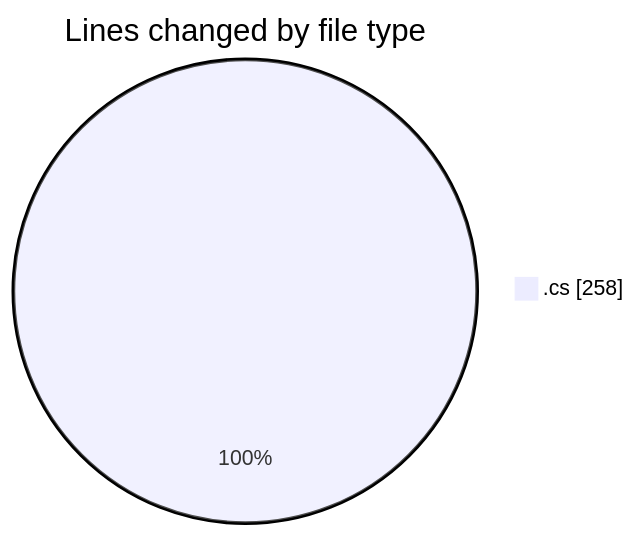
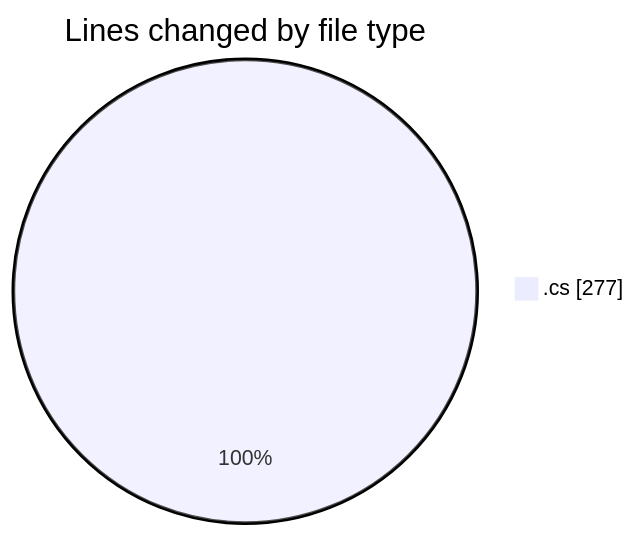
Before and after one commit to Netris89/code-tracking: the first of 2 diagrams in 2025-03-29/back-end/README.md, drawn with Mermaid. The commit also changed other lines of this file and 1 other file, not shown here.

````diff
--- a/2025-03-29/back-end/README.md
+++ b/2025-03-29/back-end/README.md
@@ -20,5 +20,5 @@
 ```mermaid
 pie showData
 title Lines changed by file type
-".cs" : 258
+".cs" : 277
 ```
````
